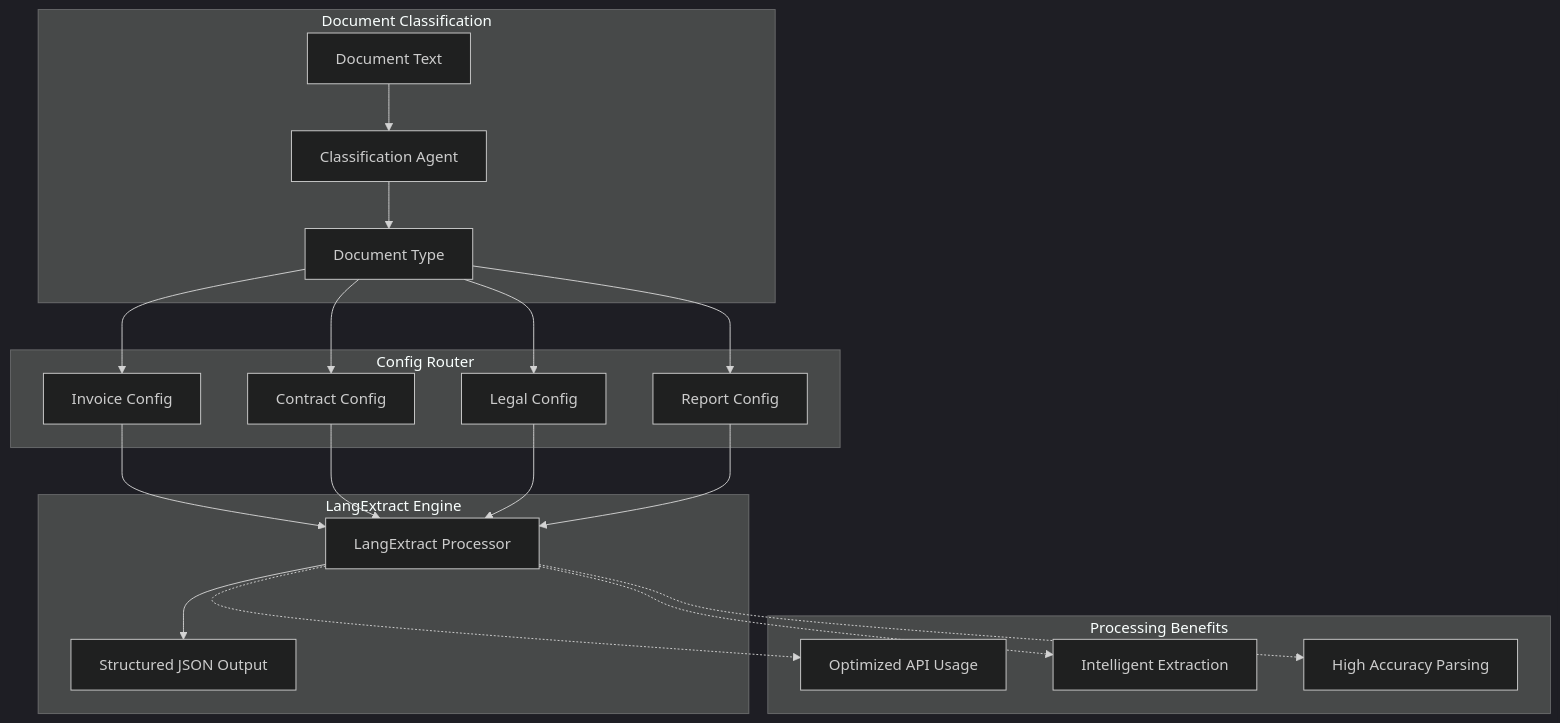
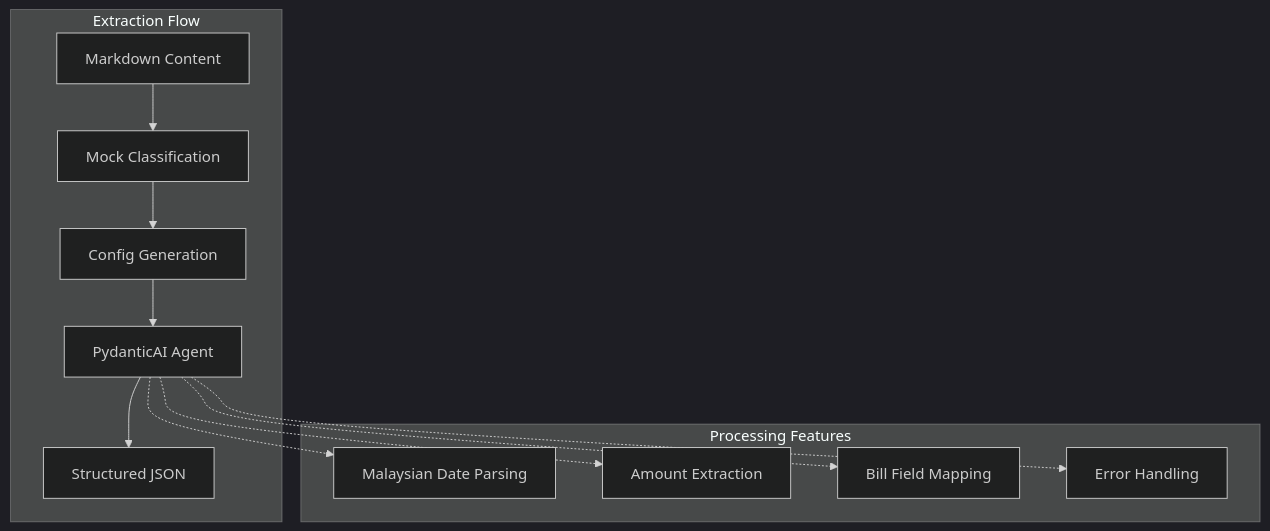
One commit to h19overflow/scaled_processing changed the seventh of 9 diagrams in README.md. Above: the diagram before and after it, drawn with Mermaid (dark theme). The commit also changed other lines of this file, not shown here.

First line of the commit message:
docs(README): update system overview and architecture details

````diff
--- a/README.md
+++ b/README.md
@@ -233,32 +283,21 @@
 ```mermaid
 flowchart TB
-    subgraph "Document Classification"
-        A[Document Text] --> B[Classification Agent]
-        B --> C[Document Type]
+    subgraph "Extraction Flow"
+        A[Markdown Content] --> B[Mock Classification]
+        B --> C[Config Generation]
+        C --> D[PydanticAI Agent]
+        D --> E[Structured JSON]
     end
 
-    subgraph "Config Router"
-        C --> D[Invoice Config]
-        C --> E[Contract Config]
-        C --> F[Legal Config]
-        C --> G[Report Config]
+    subgraph "Processing Features"
+        F[Malaysian Date Parsing]
+        G[Amount Extraction]
+        H[Bill Field Mapping]
+        I[Error Handling]
     end
 
-    subgraph "LangExtract Engine"
-        D --> H[LangExtract Processor]
-        E --> H
-        F --> H
-        G --> H
-        H --> I[Structured JSON Output]
-    end
-
-    subgraph "Processing Benefits"
-        J[Optimized API Usage]
-        K[Intelligent Extraction]
-        L[High Accuracy Parsing]
-    end
-
-    H -.-> J
-    H -.-> K
-    H -.-> L
+    D -.-> F
+    D -.-> G
+    D -.-> H
+    D -.-> I
 ```
````
